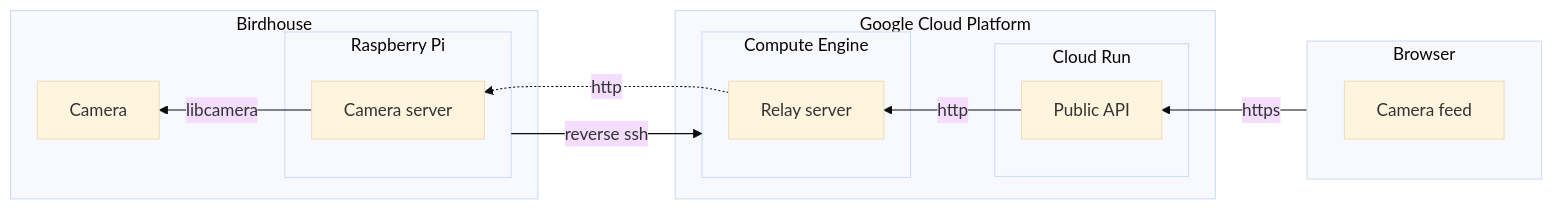
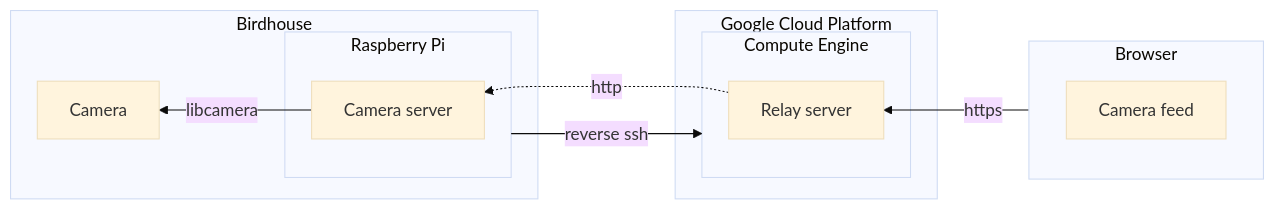
The diagram in README.md (barkm/birdhouse), drawn with Mermaid before and after one commit.

Commit message:
Remove api from README graph

````diff
--- a/README.md
+++ b/README.md
@@ -3,34 +3,30 @@
 ```mermaid
 ---
 config:
     theme: base
 ---
 graph RL
     subgraph birdhouse[Birdhouse]
         subgraph pi[Raspberry Pi]
             pi-server[Camera server]
         end
         camera[Camera]
     end
 
     subgraph cloud[Google Cloud Platform]
         subgraph vm[Compute Engine]
             relay[Relay server]
         end
-        subgraph cloudrun[Cloud Run]
-            api[Public API]
-        end
     end
 
     subgraph browser[Browser]
         stream[Camera feed]
     end
 
     pi-server -- libcamera --> camera
     pi -- reverse ssh --> vm
 
     relay -. http .-> pi-server
-    api -- http --> relay
     
-    browser -- https --> api
+    browser -- https --> relay
 ```
````
